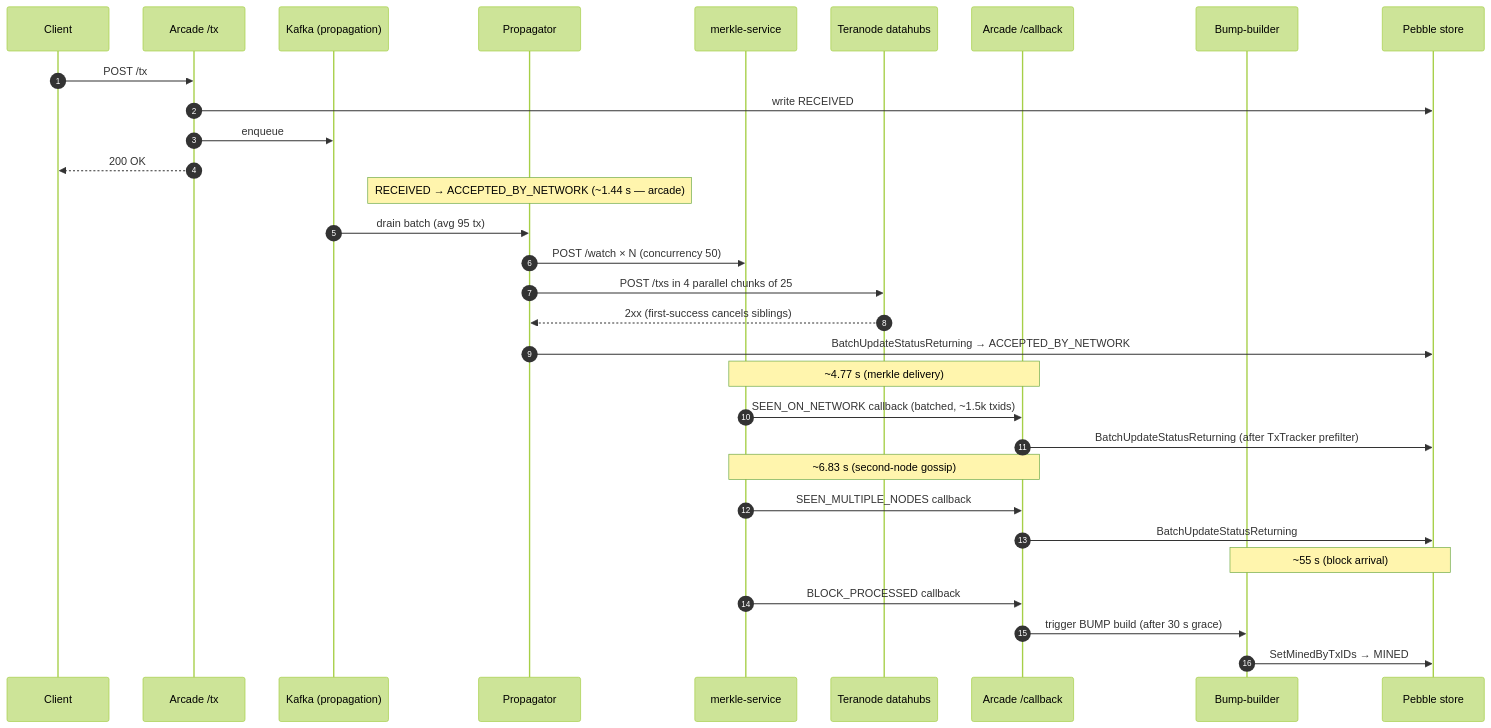
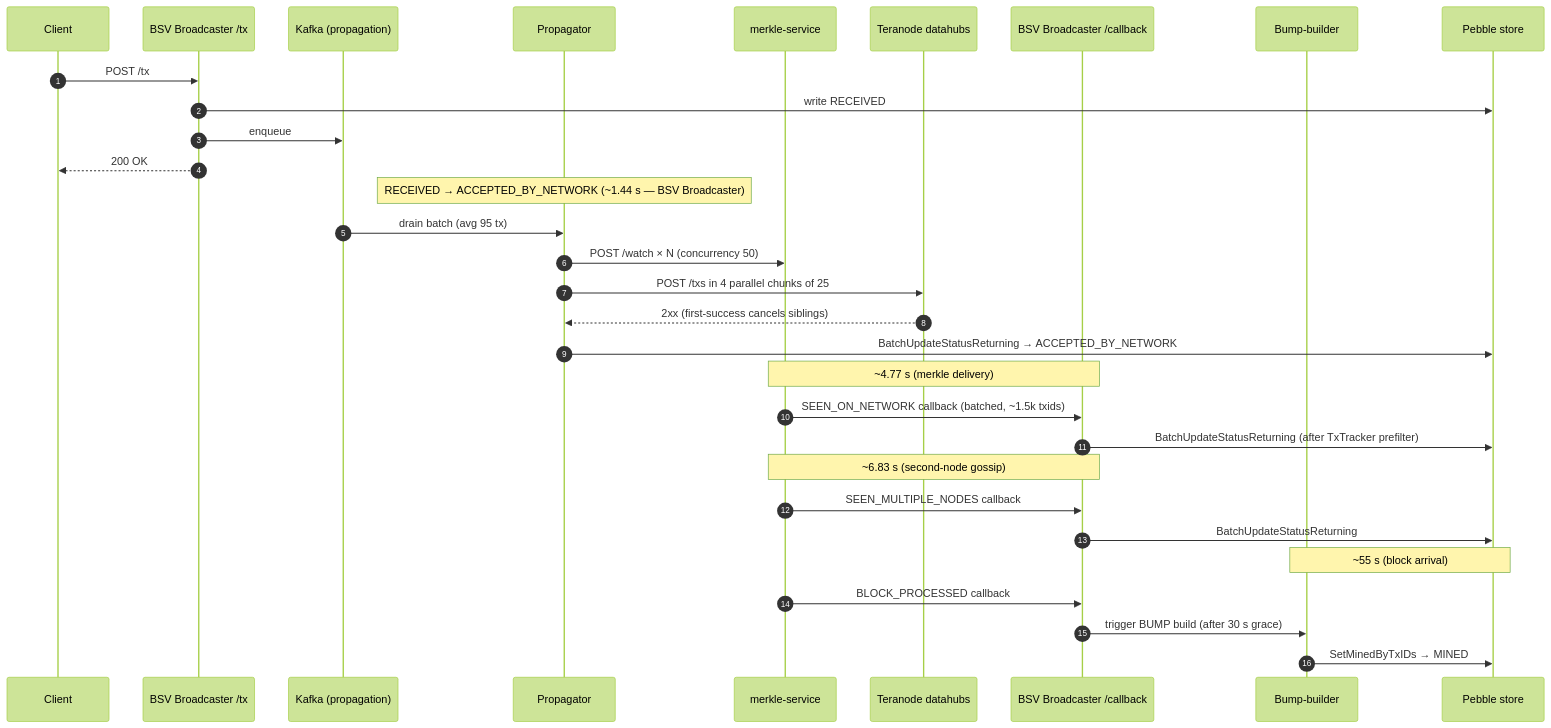
The diagram in docs/100tps-propagation-results.md (bsv-blockchain/arcade), drawn with Mermaid (forest theme) before and after one commit. The commit also changed other lines of this file and 333 other files, not shown here.

First line of the commit message:
Rebrand arcade → BSV Broadcaster (#380)

````diff
--- a/docs/100tps-propagation-results.md
+++ b/docs/100tps-propagation-results.md
@@ -25,34 +25,34 @@
 ```mermaid
 sequenceDiagram
     autonumber
     participant C as Client
-    participant A as Arcade /tx
+    participant A as BSV Broadcaster /tx
     participant K as Kafka (propagation)
     participant P as Propagator
     participant M as merkle-service
     participant T as Teranode datahubs
-    participant CB as Arcade /callback
+    participant CB as BSV Broadcaster /callback
     participant BB as Bump-builder
     participant S as Pebble store
 
     C->>A: POST /tx
     A->>S: write RECEIVED
     A->>K: enqueue
     A-->>C: 200 OK
-    Note over P: RECEIVED → ACCEPTED_BY_NETWORK (~1.44 s — arcade)
+    Note over P: RECEIVED → ACCEPTED_BY_NETWORK (~1.44 s — BSV Broadcaster)
     K->>P: drain batch (avg 95 tx)
     P->>M: POST /watch × N (concurrency 50)
     P->>T: POST /txs in 4 parallel chunks of 25
     T-->>P: 2xx (first-success cancels siblings)
     P->>S: BatchUpdateStatusReturning → ACCEPTED_BY_NETWORK
     Note over M,CB: ~4.77 s (merkle delivery)
     M->>CB: SEEN_ON_NETWORK callback (batched, ~1.5k txids)
     CB->>S: BatchUpdateStatusReturning (after TxTracker prefilter)
     Note over M,CB: ~6.83 s (second-node gossip)
     M->>CB: SEEN_MULTIPLE_NODES callback
     CB->>S: BatchUpdateStatusReturning
     Note over BB,S: ~55 s (block arrival)
     M->>CB: BLOCK_PROCESSED callback
     CB->>BB: trigger BUMP build (after 30 s grace)
     BB->>S: SetMinedByTxIDs → MINED
 ```
````
